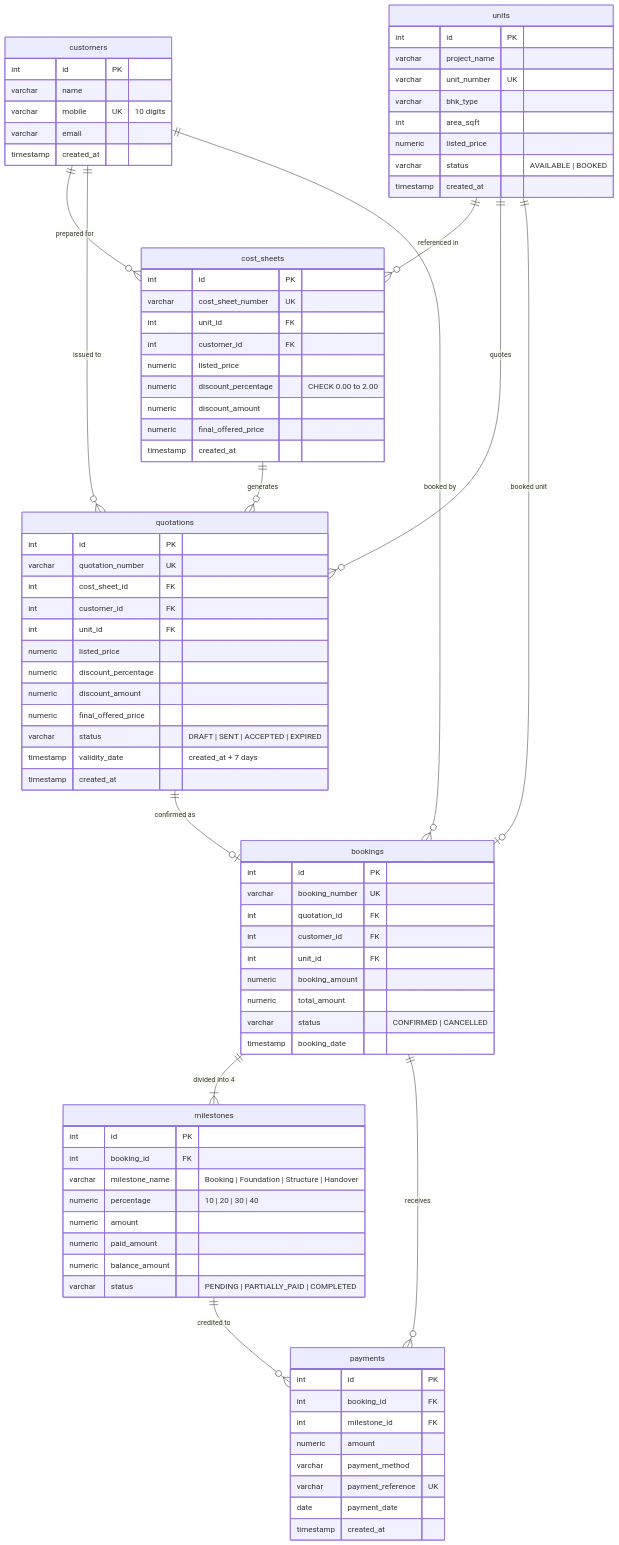
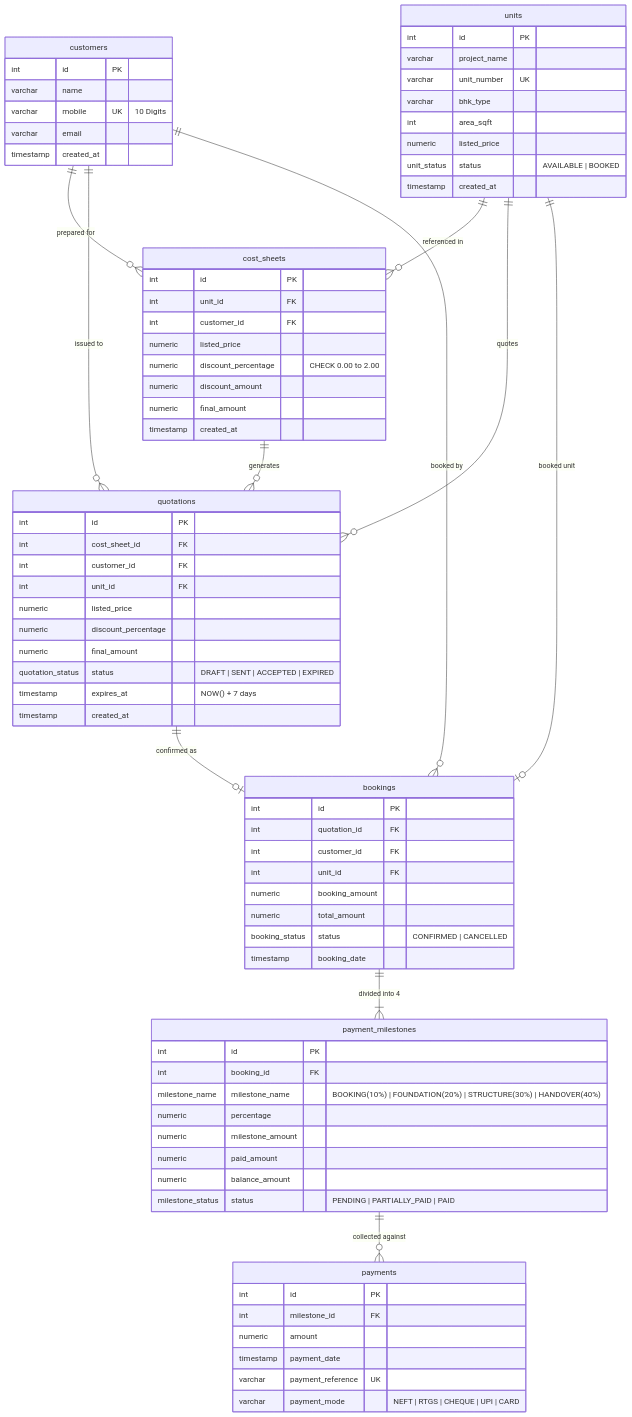
One commit to 789Abhi/Rohan-Tech-Assesment changed the third of 3 diagrams in README.md. Above: the diagram before and after it, drawn with Mermaid. The commit also changed other lines of this file, not shown here.

Commit message:
docs: update README with unified monorepo setup, vercel serverless architecture, and customer delete API

````diff
--- a/README.md
+++ b/README.md
@@ -143,9 +153,8 @@
     quotations ||--o| bookings : "confirmed as"
     customers ||--o{ bookings : "booked by"
     units ||--o| bookings : "booked unit"
-    bookings ||--|{ milestones : "divided into 4"
-    bookings ||--o{ payments : "receives"
-    milestones ||--o{ payments : "credited to"
+    bookings ||--|{ payment_milestones : "divided into 4"
+    payment_milestones ||--o{ payments : "collected against"
 
     units {
         int id PK
@@ -154,76 +163,70 @@
         varchar bhk_type
         int area_sqft
         numeric listed_price
-        varchar status "AVAILABLE | BOOKED"
+        unit_status status "AVAILABLE | BOOKED"
         timestamp created_at
     }
 
     customers {
         int id PK
         varchar name
-        varchar mobile UK "10 digits"
+        varchar mobile UK "10 Digits"
         varchar email
         timestamp created_at
     }
 
     cost_sheets {
         int id PK
-        varchar cost_sheet_number UK
         int unit_id FK
         int customer_id FK
         numeric listed_price
         numeric discount_percentage "CHECK 0.00 to 2.00"
         numeric discount_amount
-        numeric final_offered_price
+        numeric final_amount
         timestamp created_at
     }
 
     quotations {
         int id PK
-        varchar quotation_number UK
         int cost_sheet_id FK
         int customer_id FK
         int unit_id FK
         numeric listed_price
         numeric discount_percentage
-        numeric discount_amount
-        numeric final_offered_price
-        varchar status "DRAFT | SENT | ACCEPTED | EXPIRED"
-        timestamp validity_date "created_at + 7 days"
+        numeric final_amount
+        quotation_status status "DRAFT | SENT | ACCEPTED | EXPIRED"
+        timestamp expires_at "NOW() + 7 days"
         timestamp created_at
     }
 
     bookings {
         int id PK
-        varchar booking_number UK
         int quotation_id FK
         int customer_id FK
         int unit_id FK
         numeric booking_amount
         numeric total_amount
-        varchar status "CONFIRMED | CANCELLED"
+        booking_status status "CONFIRMED | CANCELLED"
         timestamp booking_date
     }
 
-    milestones {
+    payment_milestones {
         int id PK
         int booking_id FK
-        varchar milestone_name "Booking | Foundation | Structure | Handover"
-        numeric percentage "10 | 20 | 30 | 40"
-        numeric amount
+        milestone_name milestone_name "BOOKING(10%) | FOUNDATION(20%) | STRUCTURE(30%) | HANDOVER(40%)"
+        numeric percentage
+        numeric milestone_amount
         numeric paid_amount
         numeric balance_amount
-        varchar status "PENDING | PARTIALLY_PAID | COMPLETED"
+        milestone_status status "PENDING | PARTIALLY_PAID | PAID"
     }
 
     payments {
         int id PK
-        int booking_id FK
         int milestone_id FK
         numeric amount
-        varchar payment_method
+        timestamp payment_date
         varchar payment_reference UK
-        date payment_date
-        timestamp created_at
+        varchar payment_mode "NEFT | RTGS | CHEQUE | UPI | CARD"
     }
 ```
````
